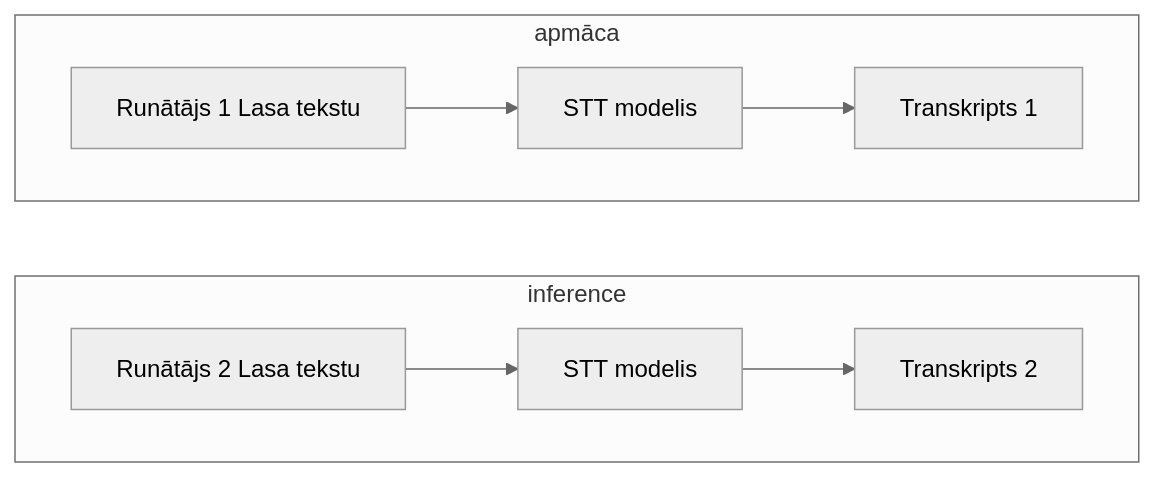
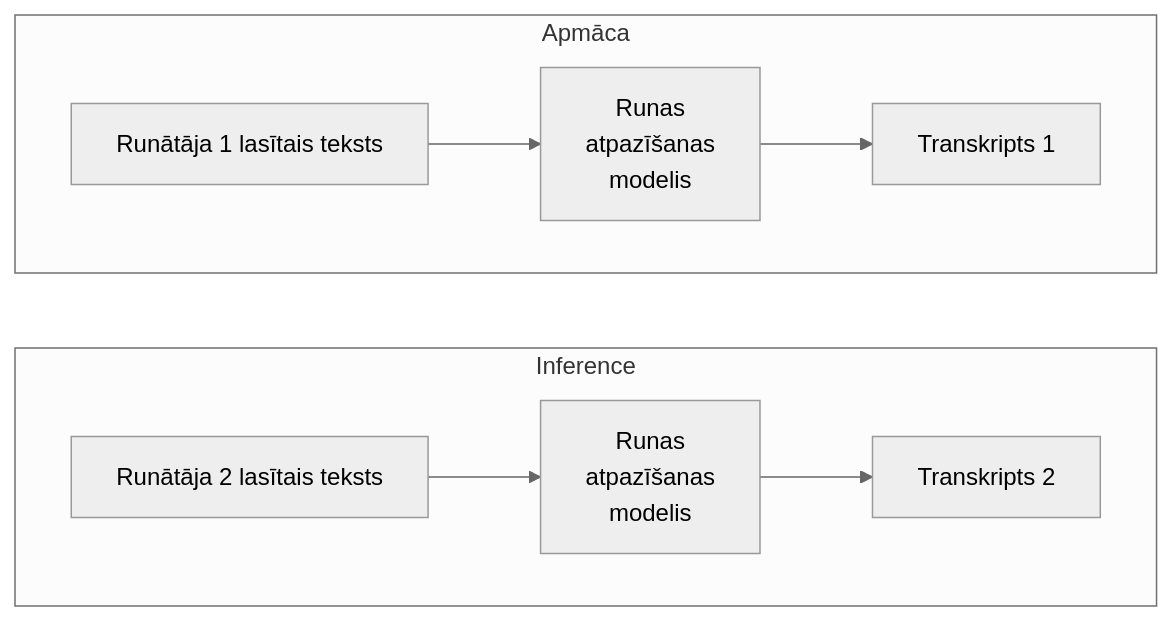
Before and after one commit to Betija13/Bakalaura_darbs_kods: the first of 2 diagrams in praktiskas_dalas_plans.md, drawn with Mermaid (neutral theme). The commit also changed other lines of this file and 13 other files, not shown here.

````diff
--- a/praktiskas_dalas_plans.md
+++ b/praktiskas_dalas_plans.md
@@ -1,15 +1,19 @@
 ```mermaid
 flowchart LR
-    subgraph id2[inference]
+    subgraph id2[Inference]
     direction LR
-    D[Runātājs 2 Lasa tekstu] --> E[STT modelis] --> F[Transkripts 2]
+    D[Runātāja 2 lasītais teksts] --> E["Runas 
+    atpazīšanas 
+    modelis"] --> F[Transkripts 2]
     end
     
-    subgraph 0i1[apmāca]
+    subgraph 0i1[Apmāca]
     direction LR
-    A[Runātājs 1 Lasa tekstu] --> B[STT modelis] --> C[Transkripts 1]
+    A[Runātāja 1 lasītais teksts] --> B["Runas 
+    atpazīšanas 
+    modelis"] --> C[Transkripts 1]
     end
     
     
     
 ```
````
